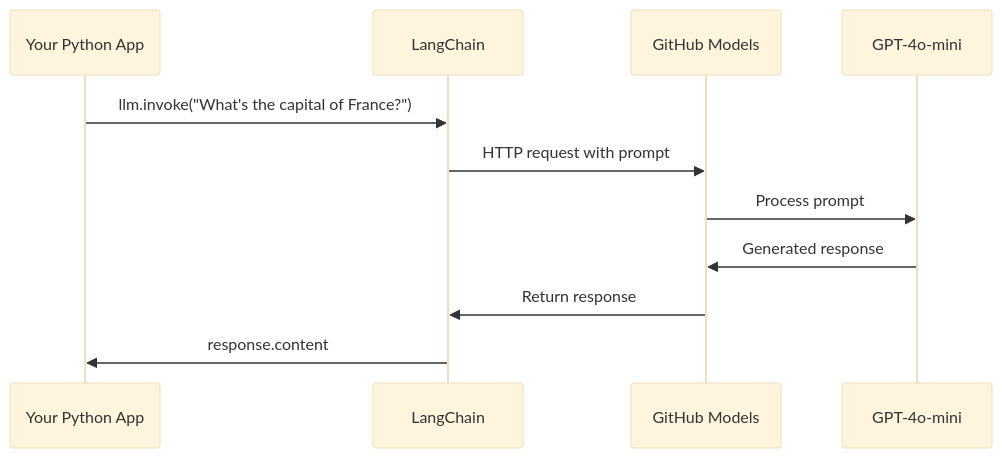
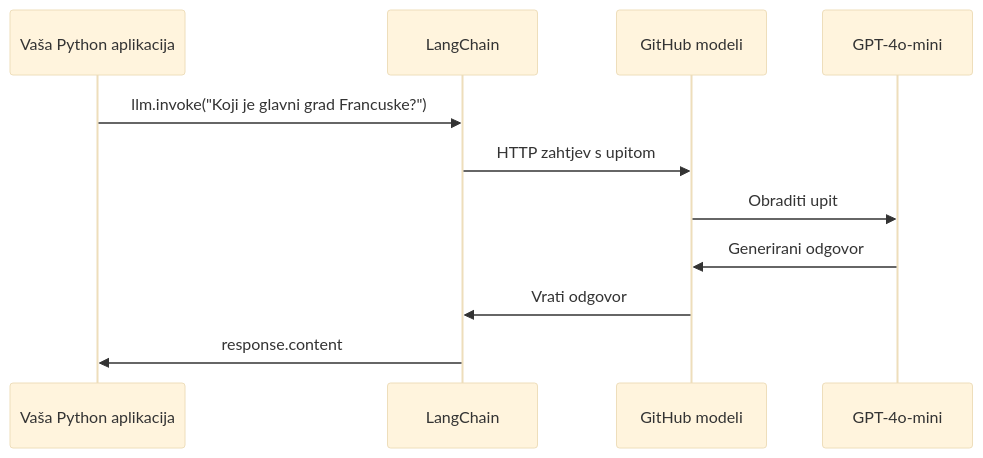
Before and after one commit to microsoft/Web-Dev-For-Beginners: the fifth of 11 diagrams in translations/hr/10-ai-framework-project/README.md, drawn with Mermaid (base theme). The commit also changed other lines of this file and 41 other files, not shown here.

````diff
--- a/translations/hr/10-ai-framework-project/README.md
+++ b/translations/hr/10-ai-framework-project/README.md
@@ -103,14 +215,14 @@
 ```mermaid
 sequenceDiagram
-    participant App as Your Python App
+    participant App as Vaša Python aplikacija
     participant LC as LangChain
-    participant GM as GitHub Models
+    participant GM as GitHub modeli
     participant AI as GPT-4o-mini
     
-    App->>LC: llm.invoke("What's the capital of France?")
-    LC->>GM: HTTP request with prompt
-    GM->>AI: Process prompt
-    AI->>GM: Generated response
-    GM->>LC: Return response
+    App->>LC: llm.invoke("Koji je glavni grad Francuske?")
+    LC->>GM: HTTP zahtjev s upitom
+    GM->>AI: Obraditi upit
+    AI->>GM: Generirani odgovor
+    GM->>LC: Vrati odgovor
     LC->>App: response.content
-```
+```  
````
